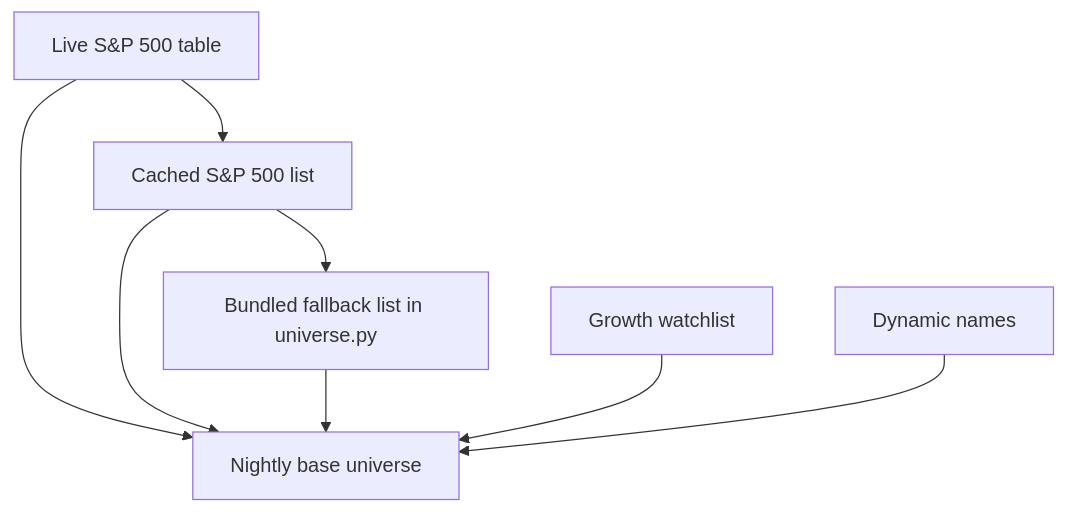
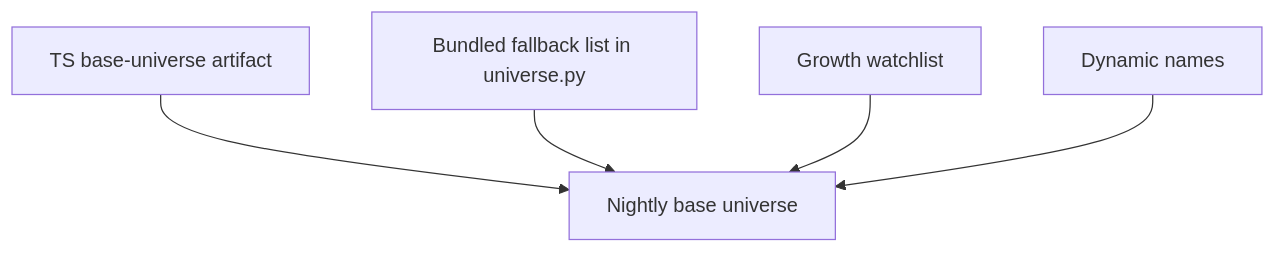
The second of 15 diagrams in backtester/docs/backtester-study-guide.md (cortana-hd/cortana-external), drawn with Mermaid before and after one commit. The commit also changed other lines of this file and 59 other files, not shown here.

````diff
--- a/backtester/docs/backtester-study-guide.md
+++ b/backtester/docs/backtester-study-guide.md
@@ -73,10 +99,7 @@
 ```mermaid
 flowchart TD
-    A["Live S&P 500 table"] --> B["Cached S&P 500 list"]
-    B --> C["Bundled fallback list in universe.py"]
-    A --> D["Nightly base universe"]
-    B --> D
-    C --> D
+    A["TS base-universe artifact"] --> D["Nightly base universe"]
+    B["Bundled fallback list in universe.py"] --> D
     E["Growth watchlist"] --> D
     F["Dynamic names"] --> D
 ```
````
